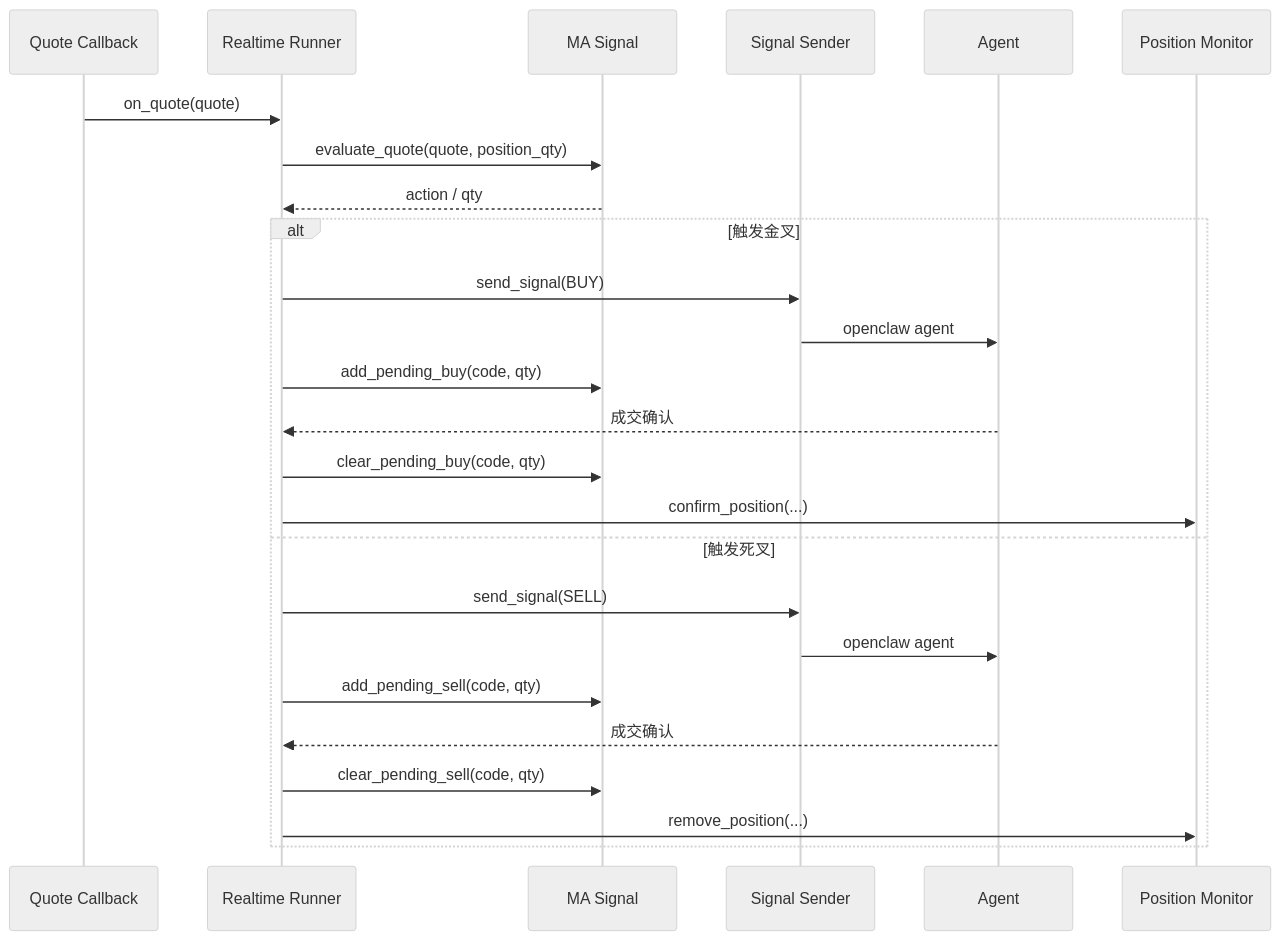
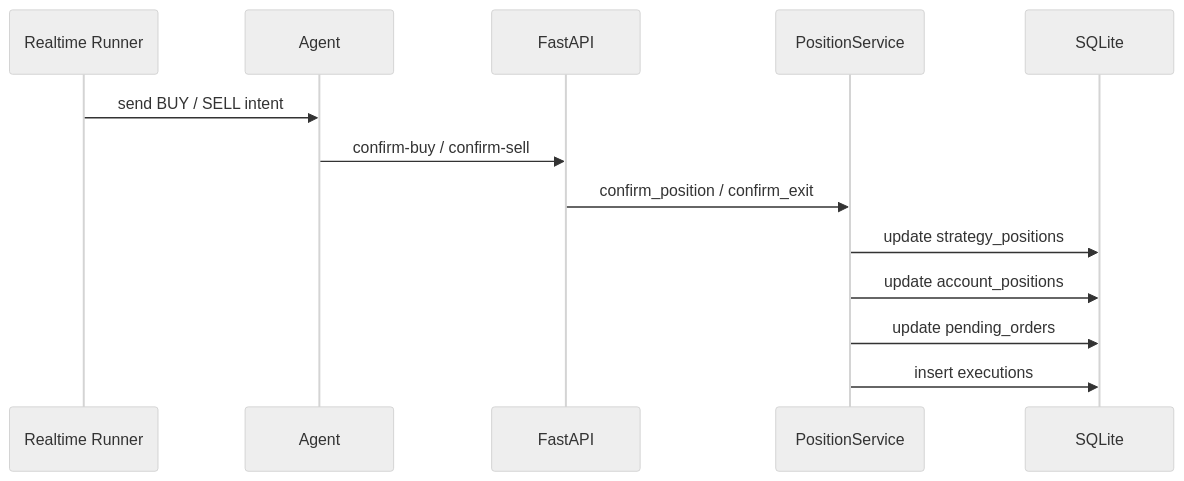
Before and after one commit to JasperLai/quant-trading-system: the second of 4 diagrams in docs/STRATEGY_ARCHITECTURE.md, drawn with Mermaid (neutral theme). The commit also changed other lines of this file and 10 other files, not shown here.

````diff
--- a/docs/STRATEGY_ARCHITECTURE.md
+++ b/docs/STRATEGY_ARCHITECTURE.md
@@ -361,28 +272,16 @@
 ```mermaid
 sequenceDiagram
-    participant Q as Quote Callback
     participant RT as Realtime Runner
-    participant SG as MA Signal
-    participant SS as Signal Sender
     participant AG as Agent
-    participant PM as Position Monitor
+    participant API as FastAPI
+    participant PS as PositionService
+    participant REPO as SQLite
 
-    Q->>RT: on_quote(quote)
-    RT->>SG: evaluate_quote(quote, position_qty)
-    SG-->>RT: action / qty
-    alt 触发金叉
-        RT->>SS: send_signal(BUY)
-        SS->>AG: openclaw agent
-        RT->>SG: add_pending_buy(code, qty)
-        AG-->>RT: 成交确认
-        RT->>SG: clear_pending_buy(code, qty)
-        RT->>PM: confirm_position(...)
-    else 触发死叉
-        RT->>SS: send_signal(SELL)
-        SS->>AG: openclaw agent
-        RT->>SG: add_pending_sell(code, qty)
-        AG-->>RT: 成交确认
-        RT->>SG: clear_pending_sell(code, qty)
-        RT->>PM: remove_position(...)
-    end
+    RT->>AG: send BUY / SELL intent
+    AG->>API: confirm-buy / confirm-sell
+    API->>PS: confirm_position / confirm_exit
+    PS->>REPO: update strategy_positions
+    PS->>REPO: update account_positions
+    PS->>REPO: update pending_orders
+    PS->>REPO: insert executions
 ```
````
